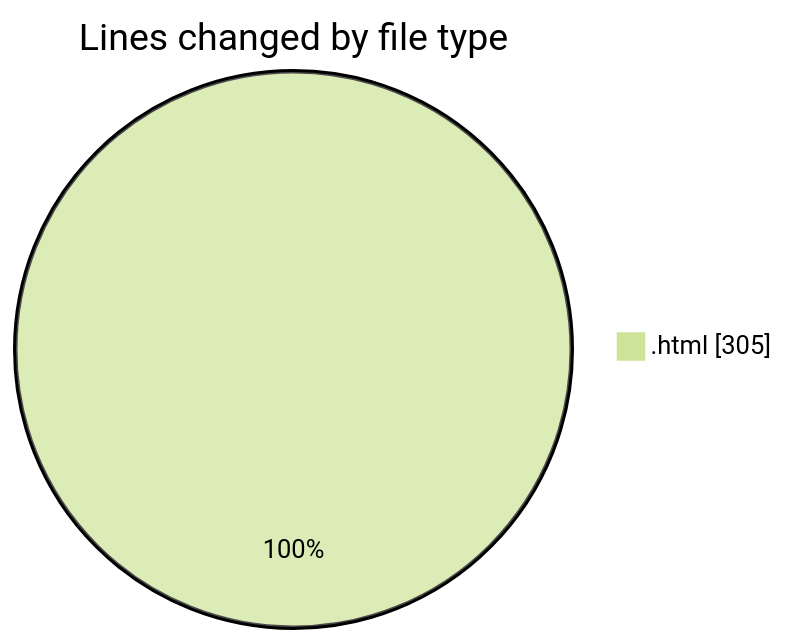
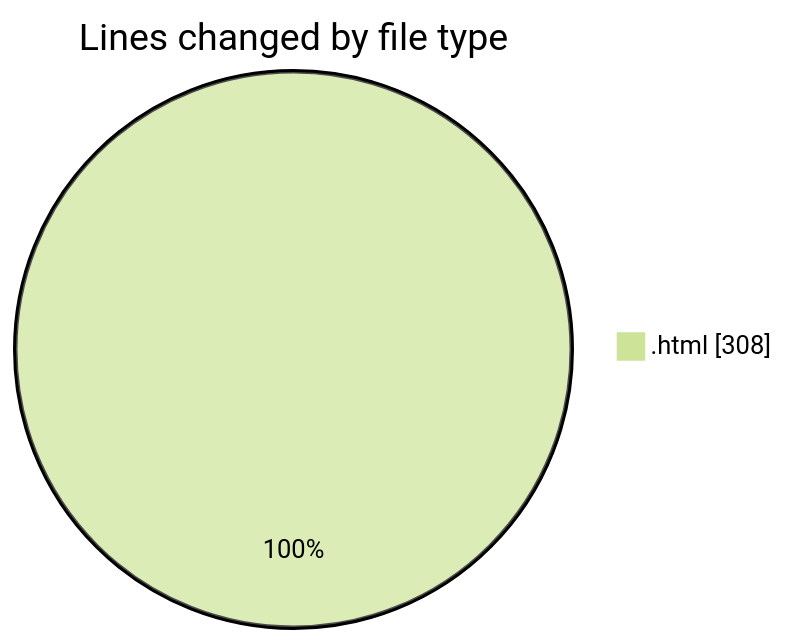
Before and after one commit to LanceThiago/code-tracking: the first of 2 diagrams in 2025-01-08/nueva_carpeta/README.md, drawn with Mermaid (forest theme). The commit also changed other lines of this file and 1 other file, not shown here.

````diff
--- a/2025-01-08/nueva_carpeta/README.md
+++ b/2025-01-08/nueva_carpeta/README.md
@@ -20,5 +20,5 @@
 ```mermaid
 pie showData
 title Lines changed by file type
-".html" : 305
+".html" : 308
 ```
````
